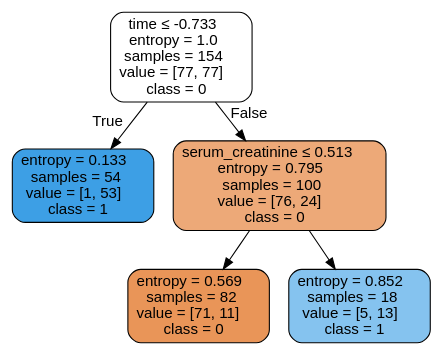
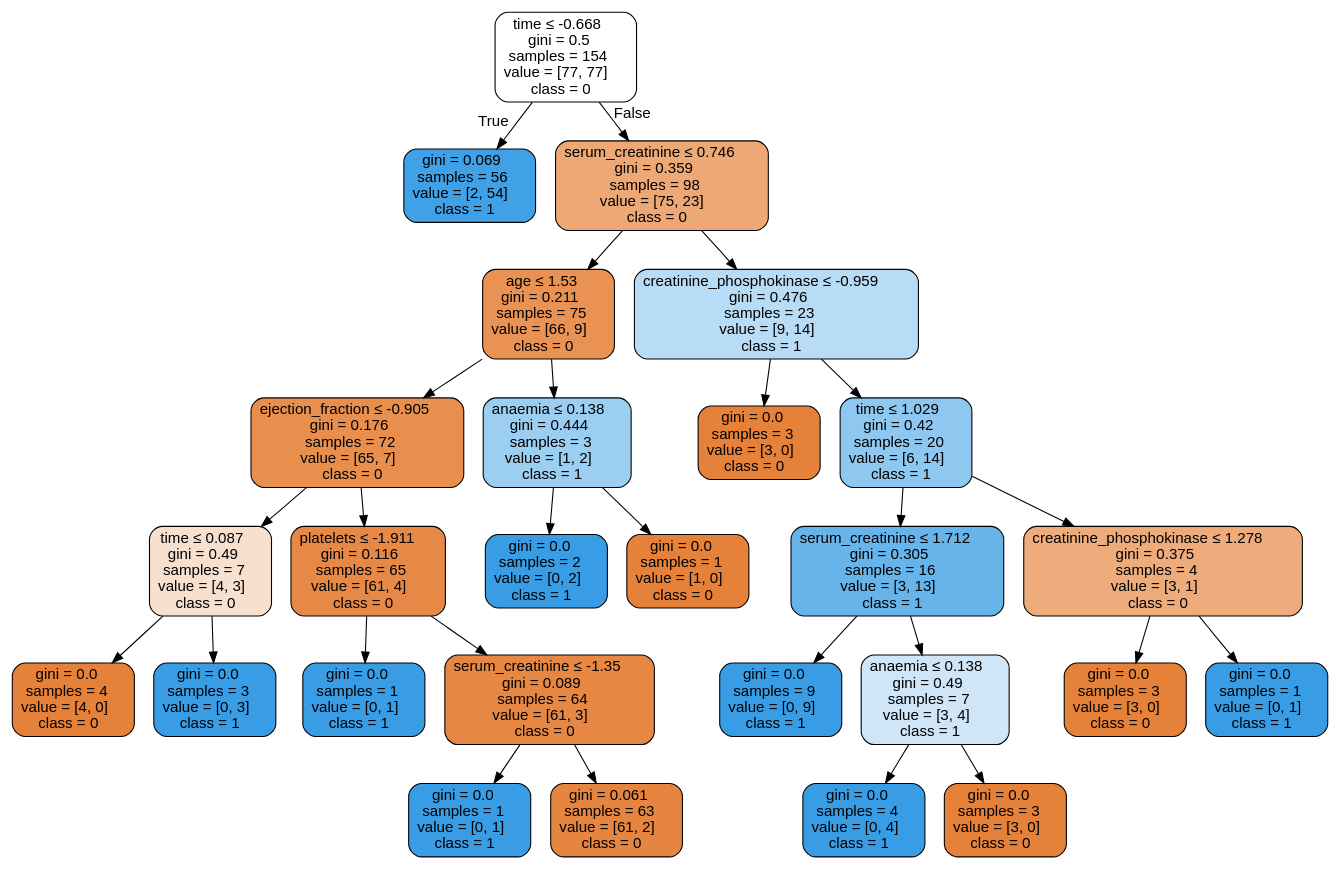
Before and after one commit to isabelSoares/CD-2021: the diagram in Labs/Results/DecisionTrees/FeatureEng/UnderSample/HFCR - UnderSample - dtree.dot, drawn with Graphviz. The commit also changed 125 other files, not shown here.

```diff
--- a/Labs/Results/DecisionTrees/FeatureEng/UnderSample/HFCR - UnderSample - dtree.dot
+++ b/Labs/Results/DecisionTrees/FeatureEng/UnderSample/HFCR - UnderSample - dtree.dot
@@ -1,13 +1,57 @@
 digraph Tree {
 node [shape=box, style="filled, rounded", color="black", fontname=helvetica] ;
 edge [fontname=helvetica] ;
-0 [label=<time &le; -0.733<br/>entropy = 1.0<br/>samples = 154<br/>value = [77, 77]<br/>class = 0>, fillcolor="#ffffff"] ;
-1 [label=<entropy = 0.133<br/>samples = 54<br/>value = [1, 53]<br/>class = 1>, fillcolor="#3d9fe5"] ;
+0 [label=<time &le; -0.668<br/>gini = 0.5<br/>samples = 154<br/>value = [77, 77]<br/>class = 0>, fillcolor="#ffffff"] ;
+1 [label=<gini = 0.069<br/>samples = 56<br/>value = [2, 54]<br/>class = 1>, fillcolor="#40a1e6"] ;
 0 -> 1 [labeldistance=2.5, labelangle=45, headlabel="True"] ;
-2 [label=<serum_creatinine &le; 0.513<br/>entropy = 0.795<br/>samples = 100<br/>value = [76, 24]<br/>class = 0>, fillcolor="#eda978"] ;
+2 [label=<serum_creatinine &le; 0.746<br/>gini = 0.359<br/>samples = 98<br/>value = [75, 23]<br/>class = 0>, fillcolor="#eda876"] ;
 0 -> 2 [labeldistance=2.5, labelangle=-45, headlabel="False"] ;
-3 [label=<entropy = 0.569<br/>samples = 82<br/>value = [71, 11]<br/>class = 0>, fillcolor="#e99558"] ;
+3 [label=<age &le; 1.53<br/>gini = 0.211<br/>samples = 75<br/>value = [66, 9]<br/>class = 0>, fillcolor="#e99254"] ;
 2 -> 3 ;
-4 [label=<entropy = 0.852<br/>samples = 18<br/>value = [5, 13]<br/>class = 1>, fillcolor="#85c3ef"] ;
-2 -> 4 ;
+4 [label=<ejection_fraction &le; -0.905<br/>gini = 0.176<br/>samples = 72<br/>value = [65, 7]<br/>class = 0>, fillcolor="#e88f4e"] ;
+3 -> 4 ;
+5 [label=<time &le; 0.087<br/>gini = 0.49<br/>samples = 7<br/>value = [4, 3]<br/>class = 0>, fillcolor="#f8e0ce"] ;
+4 -> 5 ;
+6 [label=<gini = 0.0<br/>samples = 4<br/>value = [4, 0]<br/>class = 0>, fillcolor="#e58139"] ;
+5 -> 6 ;
+7 [label=<gini = 0.0<br/>samples = 3<br/>value = [0, 3]<br/>class = 1>, fillcolor="#399de5"] ;
+5 -> 7 ;
+8 [label=<platelets &le; -1.911<br/>gini = 0.116<br/>samples = 65<br/>value = [61, 4]<br/>class = 0>, fillcolor="#e78946"] ;
+4 -> 8 ;
+9 [label=<gini = 0.0<br/>samples = 1<br/>value = [0, 1]<br/>class = 1>, fillcolor="#399de5"] ;
+8 -> 9 ;
+10 [label=<serum_creatinine &le; -1.35<br/>gini = 0.089<br/>samples = 64<br/>value = [61, 3]<br/>class = 0>, fillcolor="#e68743"] ;
+8 -> 10 ;
+11 [label=<gini = 0.0<br/>samples = 1<br/>value = [0, 1]<br/>class = 1>, fillcolor="#399de5"] ;
+10 -> 11 ;
+12 [label=<gini = 0.061<br/>samples = 63<br/>value = [61, 2]<br/>class = 0>, fillcolor="#e6853f"] ;
+10 -> 12 ;
+13 [label=<anaemia &le; 0.138<br/>gini = 0.444<br/>samples = 3<br/>value = [1, 2]<br/>class = 1>, fillcolor="#9ccef2"] ;
+3 -> 13 ;
+14 [label=<gini = 0.0<br/>samples = 2<br/>value = [0, 2]<br/>class = 1>, fillcolor="#399de5"] ;
+13 -> 14 ;
+15 [label=<gini = 0.0<br/>samples = 1<br/>value = [1, 0]<br/>class = 0>, fillcolor="#e58139"] ;
+13 -> 15 ;
+16 [label=<creatinine_phosphokinase &le; -0.959<br/>gini = 0.476<br/>samples = 23<br/>value = [9, 14]<br/>class = 1>, fillcolor="#b8dcf6"] ;
+2 -> 16 ;
+17 [label=<gini = 0.0<br/>samples = 3<br/>value = [3, 0]<br/>class = 0>, fillcolor="#e58139"] ;
+16 -> 17 ;
+18 [label=<time &le; 1.029<br/>gini = 0.42<br/>samples = 20<br/>value = [6, 14]<br/>class = 1>, fillcolor="#8ec7f0"] ;
+16 -> 18 ;
+19 [label=<serum_creatinine &le; 1.712<br/>gini = 0.305<br/>samples = 16<br/>value = [3, 13]<br/>class = 1>, fillcolor="#67b4eb"] ;
+18 -> 19 ;
+20 [label=<gini = 0.0<br/>samples = 9<br/>value = [0, 9]<br/>class = 1>, fillcolor="#399de5"] ;
+19 -> 20 ;
+21 [label=<anaemia &le; 0.138<br/>gini = 0.49<br/>samples = 7<br/>value = [3, 4]<br/>class = 1>, fillcolor="#cee6f8"] ;
+19 -> 21 ;
+22 [label=<gini = 0.0<br/>samples = 4<br/>value = [0, 4]<br/>class = 1>, fillcolor="#399de5"] ;
+21 -> 22 ;
+23 [label=<gini = 0.0<br/>samples = 3<br/>value = [3, 0]<br/>class = 0>, fillcolor="#e58139"] ;
+21 -> 23 ;
+24 [label=<creatinine_phosphokinase &le; 1.278<br/>gini = 0.375<br/>samples = 4<br/>value = [3, 1]<br/>class = 0>, fillcolor="#eeab7b"] ;
+18 -> 24 ;
+25 [label=<gini = 0.0<br/>samples = 3<br/>value = [3, 0]<br/>class = 0>, fillcolor="#e58139"] ;
+24 -> 25 ;
+26 [label=<gini = 0.0<br/>samples = 1<br/>value = [0, 1]<br/>class = 1>, fillcolor="#399de5"] ;
+24 -> 26 ;
 }
```
